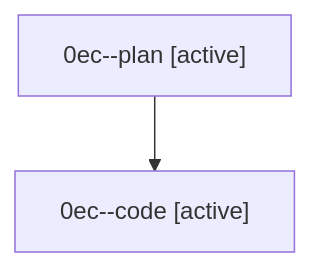
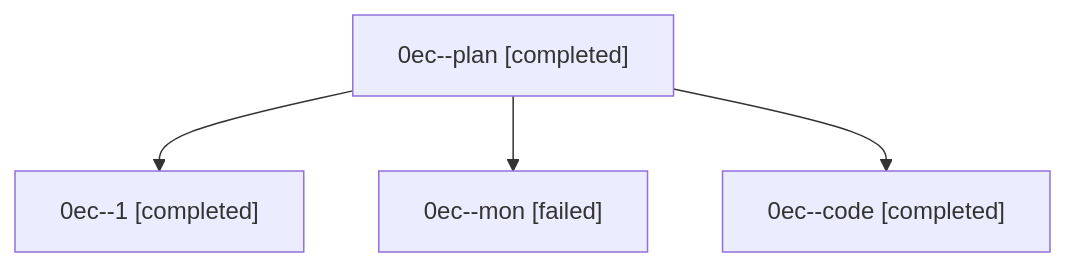
One commit to sase-org/sase--agents changed the diagram in families/bbugyi200.athena.0ec.md. Above: the diagram before and after it, drawn with Mermaid. The commit also changed other lines of this file and 31 other files, not shown here.

````diff
--- a/families/bbugyi200.athena.0ec.md
+++ b/families/bbugyi200.athena.0ec.md
@@ -9,6 +9,10 @@
 ```mermaid
 flowchart TD
-  n0["0ec--plan [active]"]
-  n1["0ec--code [active]"]
+  n0["0ec--plan [completed]"]
+  n1["0ec--1 [completed]"]
   n0 --> n1
+  n2["0ec--mon [failed]"]
+  n0 --> n2
+  n3["0ec--code [completed]"]
+  n0 --> n3
 ```
````
